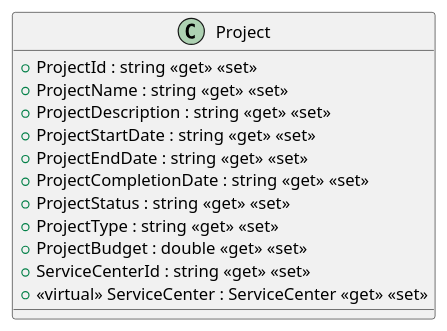
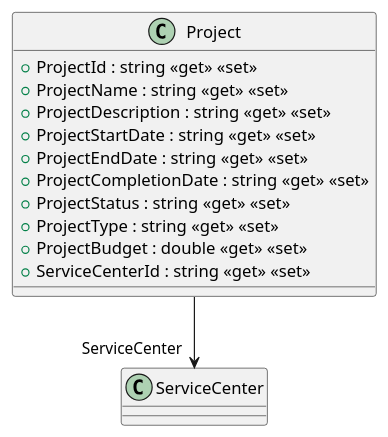
Before and after one commit to timothxy/ICT2106_P3_Project: the diagram in YouthActionDotNet/UML/Models/Project.puml, drawn with PlantUML. The commit also changed 31 other files, not shown here.

Commit message:
update uml

```diff
--- a/YouthActionDotNet/UML/Models/Project.puml
+++ b/YouthActionDotNet/UML/Models/Project.puml
@@ -1,15 +1,15 @@
 @startuml
 class Project {
     + ProjectId : string <<get>> <<set>>
     + ProjectName : string <<get>> <<set>>
     + ProjectDescription : string <<get>> <<set>>
     + ProjectStartDate : string <<get>> <<set>>
     + ProjectEndDate : string <<get>> <<set>>
     + ProjectCompletionDate : string <<get>> <<set>>
     + ProjectStatus : string <<get>> <<set>>
     + ProjectType : string <<get>> <<set>>
     + ProjectBudget : double <<get>> <<set>>
     + ServiceCenterId : string <<get>> <<set>>
-    + <<virtual>> ServiceCenter : ServiceCenter <<get>> <<set>>
 }
+Project --> "ServiceCenter" ServiceCenter
 @enduml
```
